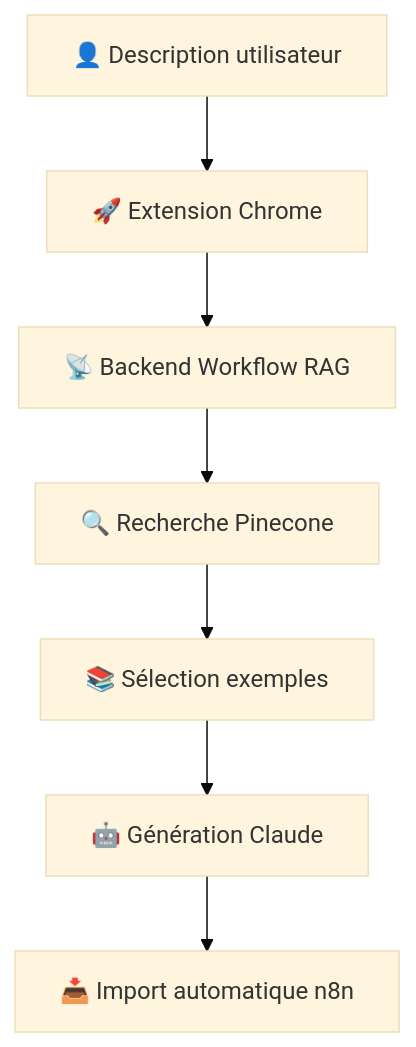
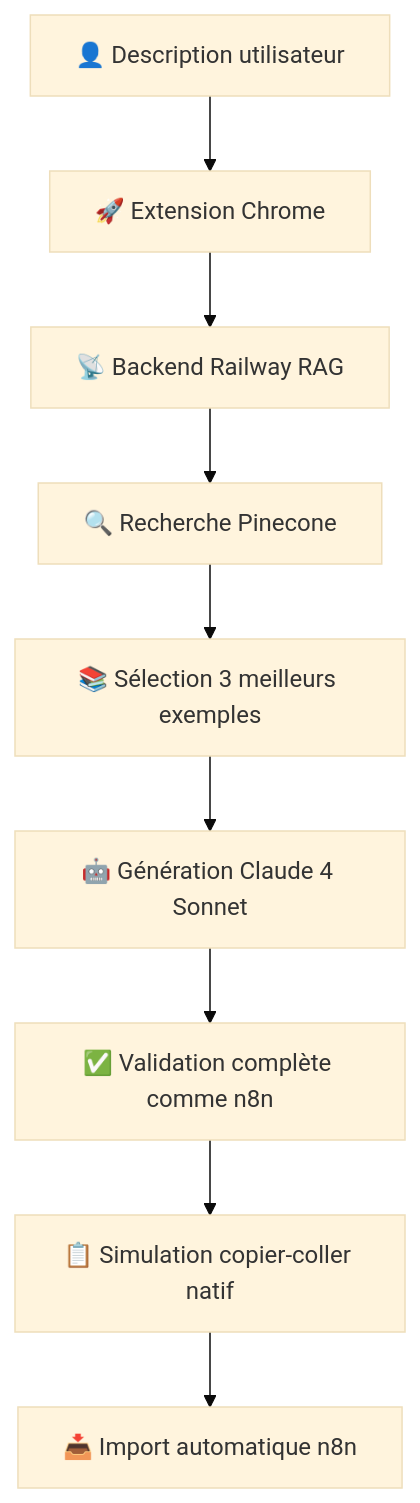
One commit to tirones-123/vibe-n8n changed the diagram in vibe-n8n-chrome-extension/README.md. Above: the diagram before and after it, drawn with Mermaid (base theme). The commit also changed other lines of this file and 11 other files, not shown here.

````diff
--- a/vibe-n8n-chrome-extension/README.md
+++ b/vibe-n8n-chrome-extension/README.md
@@ -85,9 +143,11 @@
 ```mermaid
 graph TD
     A[👤 Description utilisateur] --> B[🚀 Extension Chrome]
-    B --> C[📡 Backend Workflow RAG]
+    B --> C[📡 Backend Railway RAG]
     C --> D[🔍 Recherche Pinecone]
-    D --> E[📚 Sélection exemples]
-    E --> F[🤖 Génération Claude]
-    F --> G[📥 Import automatique n8n]
+    D --> E[📚 Sélection 3 meilleurs exemples]
+    E --> F[🤖 Génération Claude 4 Sonnet]
+    F --> G[✅ Validation complète comme n8n]
+    G --> H[📋 Simulation copier-coller natif]
+    H --> I[📥 Import automatique n8n]
 ```
````
